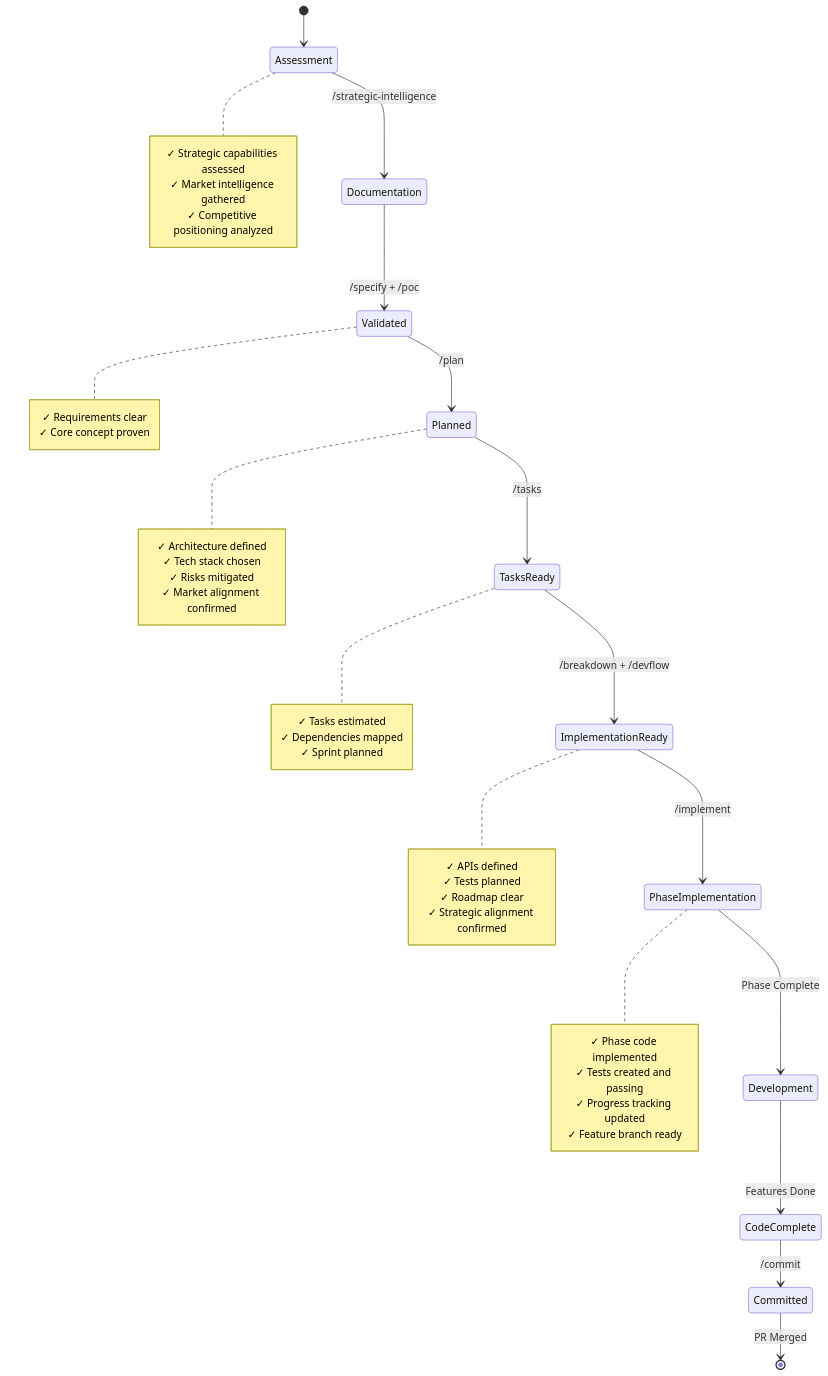
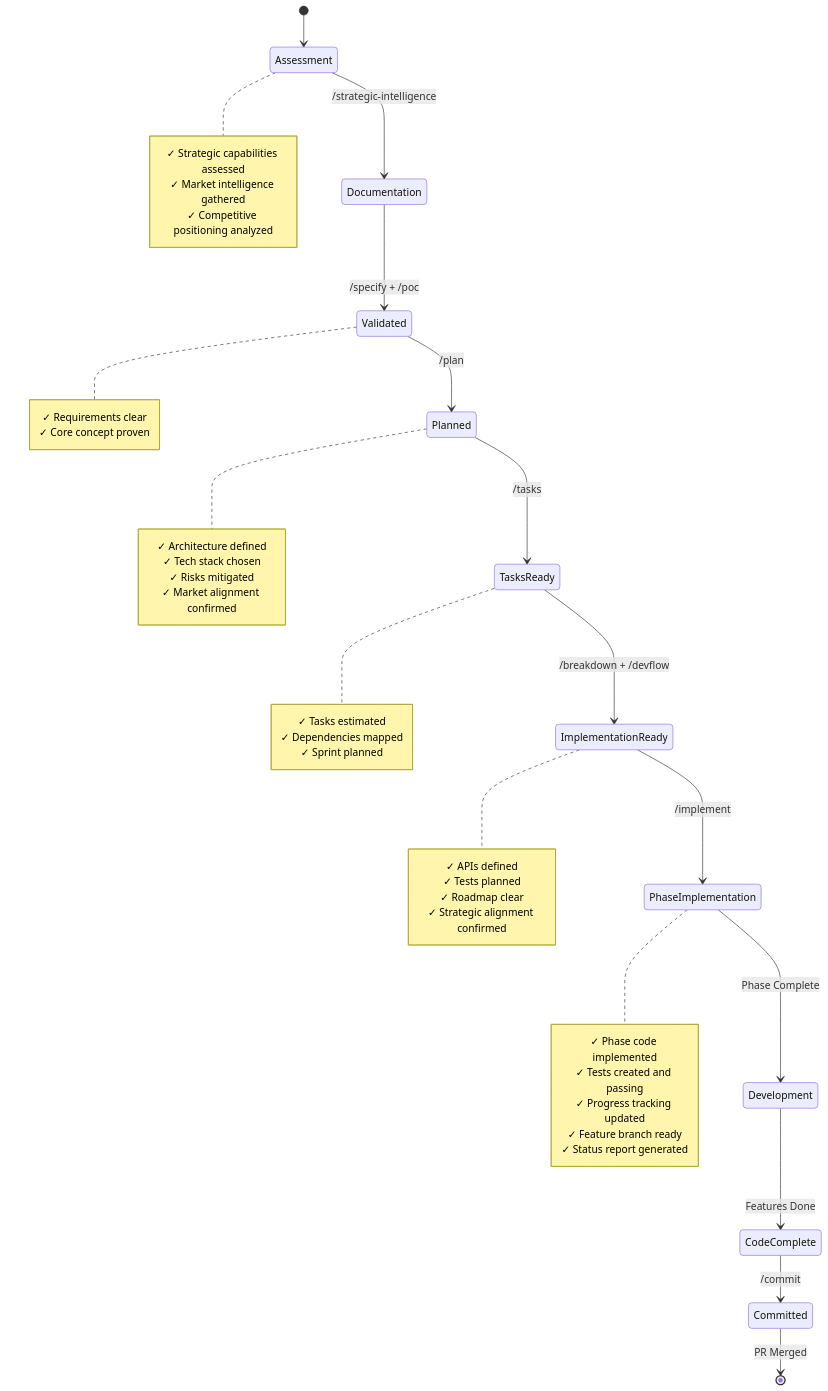
One commit to Mathews-Tom/sage-dev changed diagram 18 of 23 in commands/WORKFLOW.md. Above: the diagram before and after it, drawn with Mermaid. The commit also changed other lines of this file and 1 other file, not shown here.

Commit message:
docs: integrate /progress into workflow and usage. Positions status analysis between /implement and /commit with updated diagrams, sequences, scenarios, and checklists to improve delivery transparency.

````diff
--- a/commands/WORKFLOW.md
+++ b/commands/WORKFLOW.md
@@ -565,54 +594,55 @@
 ```mermaid
 stateDiagram-v2
     [*] --> Assessment
 
     Assessment --> Documentation: /strategic-intelligence
     Documentation --> Validated: /specify + /poc
     Validated --> Planned: /plan
     Planned --> TasksReady: /tasks
     TasksReady --> ImplementationReady: /breakdown + /devflow
 
     ImplementationReady --> PhaseImplementation: /implement
     PhaseImplementation --> Development: Phase Complete
     Development --> CodeComplete: Features Done
     CodeComplete --> Committed: /commit
     Committed --> [*]: PR Merged
 
     note right of Assessment
         ✓ Strategic capabilities assessed
         ✓ Market intelligence gathered
         ✓ Competitive positioning analyzed
     end note
 
     note right of Validated
         ✓ Requirements clear
         ✓ Core concept proven
     end note
 
     note right of Planned
         ✓ Architecture defined
         ✓ Tech stack chosen
         ✓ Risks mitigated
         ✓ Market alignment confirmed
     end note
 
     note right of TasksReady
         ✓ Tasks estimated
         ✓ Dependencies mapped
         ✓ Sprint planned
     end note
 
     note right of ImplementationReady
         ✓ APIs defined
         ✓ Tests planned
         ✓ Roadmap clear
         ✓ Strategic alignment confirmed
     end note
 
     note right of PhaseImplementation
         ✓ Phase code implemented
         ✓ Tests created and passing
         ✓ Progress tracking updated
         ✓ Feature branch ready
+        ✓ Status report generated
     end note
 ```
````
